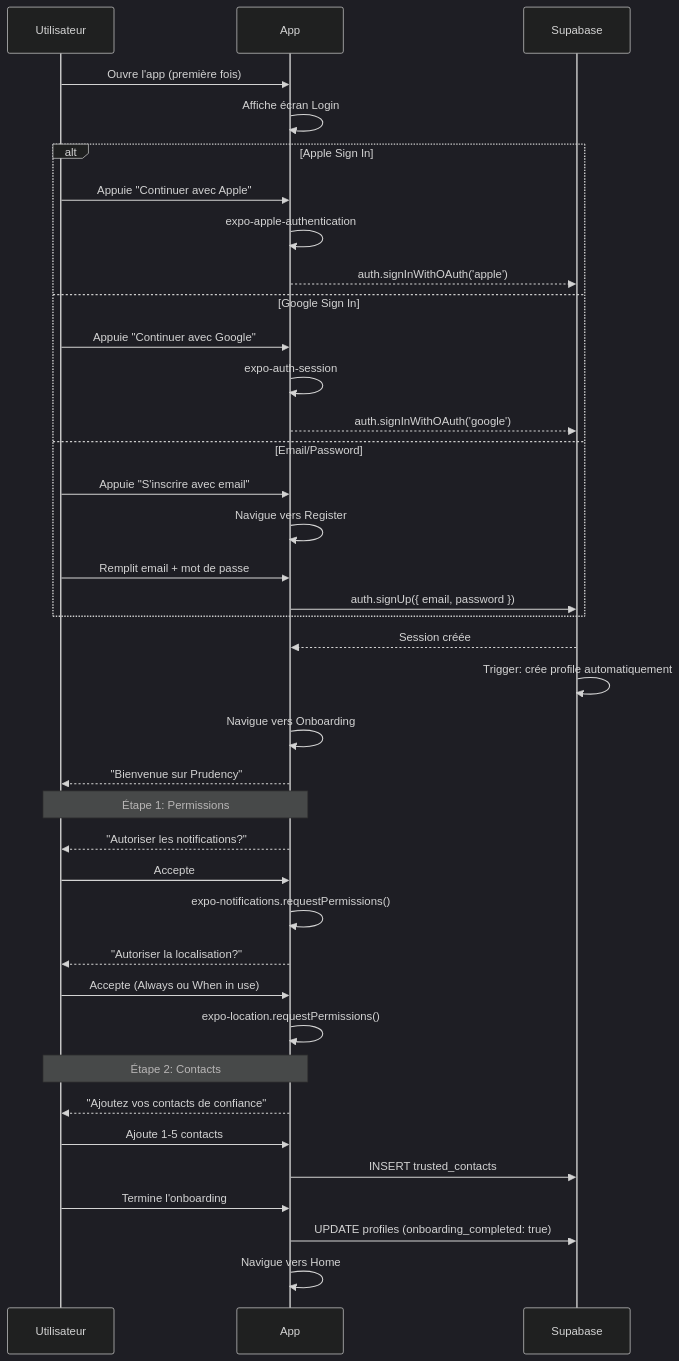
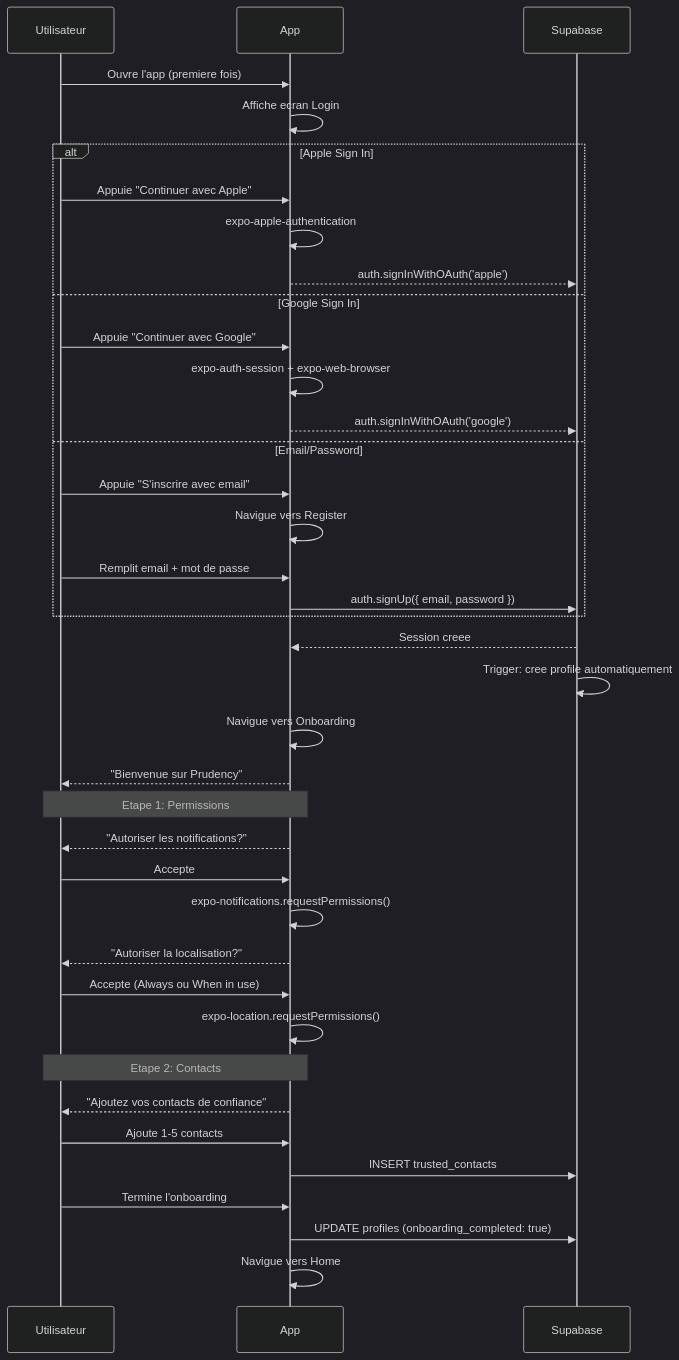
One commit to monjodav/Prudency changed the sixth of 7 diagrams in docs/user-flows.md. Above: the diagram before and after it, drawn with Mermaid (dark theme). The commit also changed other lines of this file and 55 other files, not shown here.

````diff
--- a/docs/user-flows.md
+++ b/docs/user-flows.md
@@ -178,48 +188,48 @@
 ```mermaid
 sequenceDiagram
     participant U as Utilisateur
     participant A as App
     participant S as Supabase
 
-    U->>A: Ouvre l'app (première fois)
-    A->>A: Affiche écran Login
+    U->>A: Ouvre l'app (premiere fois)
+    A->>A: Affiche ecran Login
 
     alt Apple Sign In
         U->>A: Appuie "Continuer avec Apple"
         A->>A: expo-apple-authentication
         A-->>S: auth.signInWithOAuth('apple')
     else Google Sign In
         U->>A: Appuie "Continuer avec Google"
-        A->>A: expo-auth-session
+        A->>A: expo-auth-session + expo-web-browser
         A-->>S: auth.signInWithOAuth('google')
     else Email/Password
         U->>A: Appuie "S'inscrire avec email"
         A->>A: Navigue vers Register
         U->>A: Remplit email + mot de passe
         A->>S: auth.signUp({ email, password })
     end
 
-    S-->>A: Session créée
-    S->>S: Trigger: crée profile automatiquement
+    S-->>A: Session creee
+    S->>S: Trigger: cree profile automatiquement
 
     A->>A: Navigue vers Onboarding
     A-->>U: "Bienvenue sur Prudency"
 
-    Note over A,U: Étape 1: Permissions
+    Note over A,U: Etape 1: Permissions
     A-->>U: "Autoriser les notifications?"
     U->>A: Accepte
     A->>A: expo-notifications.requestPermissions()
 
     A-->>U: "Autoriser la localisation?"
     U->>A: Accepte (Always ou When in use)
     A->>A: expo-location.requestPermissions()
 
-    Note over A,U: Étape 2: Contacts
+    Note over A,U: Etape 2: Contacts
     A-->>U: "Ajoutez vos contacts de confiance"
     U->>A: Ajoute 1-5 contacts
     A->>S: INSERT trusted_contacts
 
     U->>A: Termine l'onboarding
     A->>S: UPDATE profiles (onboarding_completed: true)
     A->>A: Navigue vers Home
 ```
````
